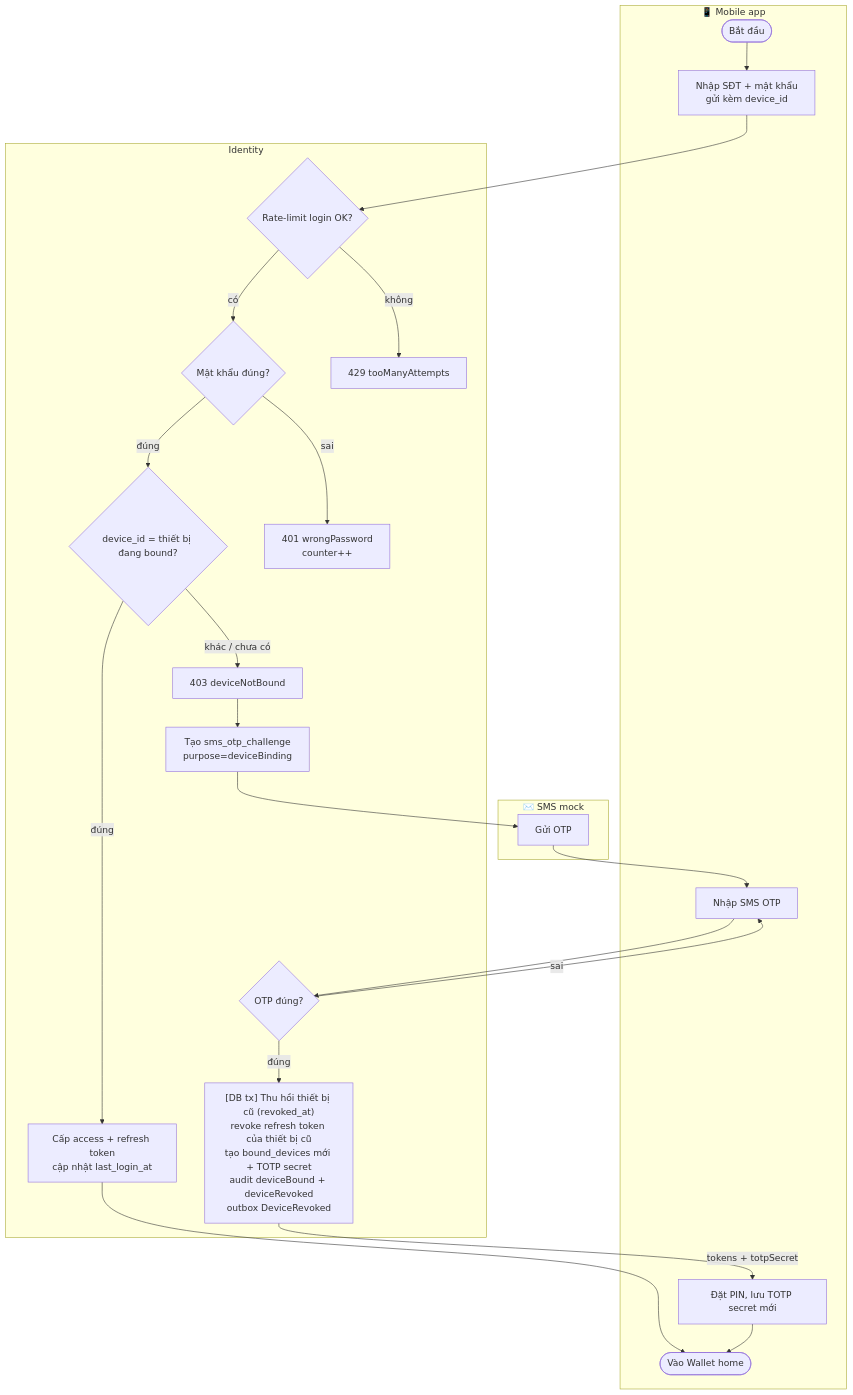
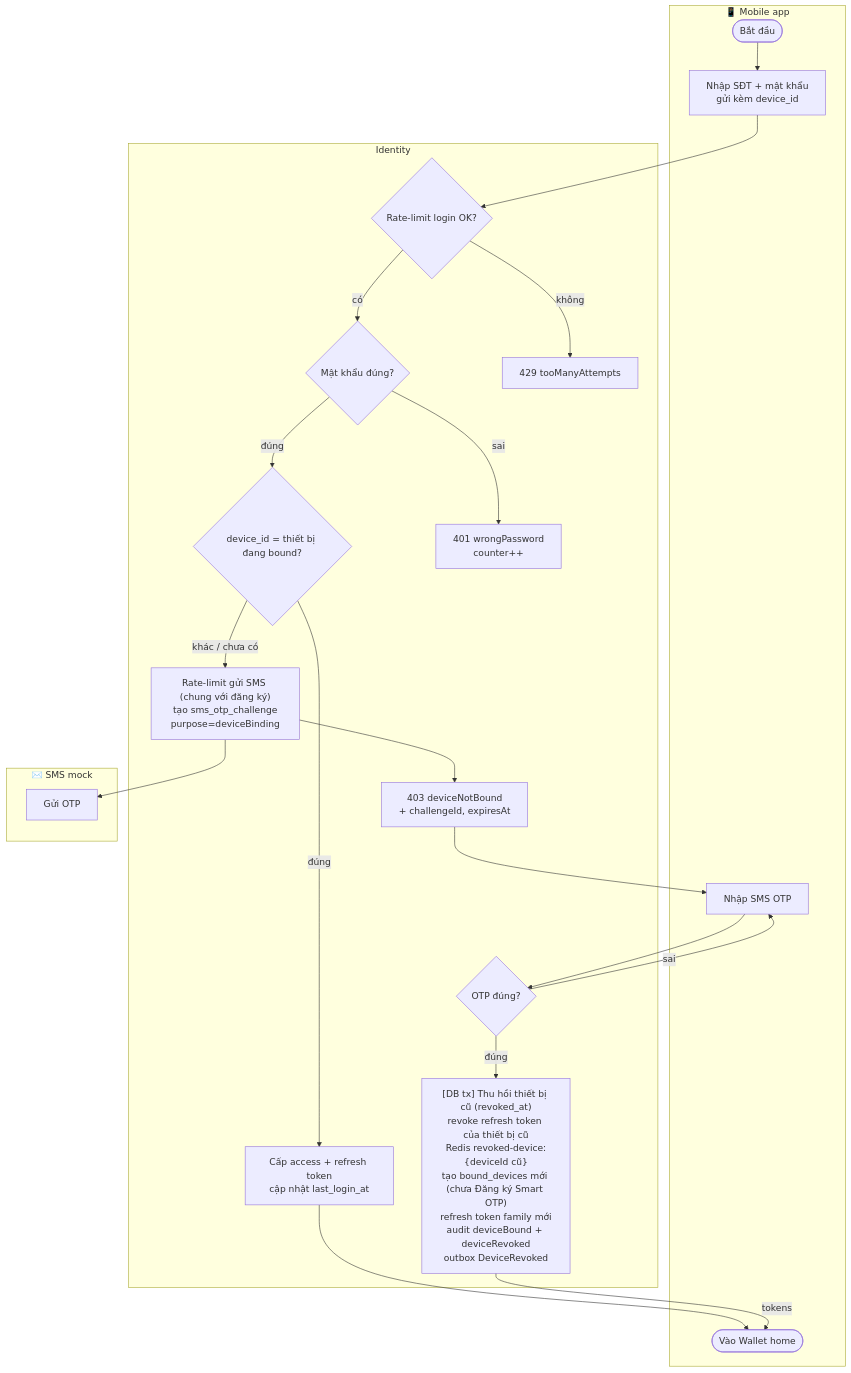
The second of 11 diagrams in backend/docs/activities.md (ha1tuan/pfm), drawn with Mermaid before and after one commit. The commit also changed other lines of this file and 6 other files, not shown here.

First line of the commit message:
docs: login, device binding and deferred Smart OTP enrollment (ADR-0006)

````diff
--- a/backend/docs/activities.md
+++ b/backend/docs/activities.md
@@ -65,34 +64,34 @@
 ```mermaid
 flowchart TD
     subgraph APP["📱 Mobile app"]
         S(["Bắt đầu"]) --> A1["Nhập SĐT + mật khẩu<br/>gửi kèm device_id"]
         A2["Nhập SMS OTP"]
-        A3["Đặt PIN, lưu TOTP secret mới"]
         A4(["Vào Wallet home"])
     end
     subgraph ID["Identity"]
         I1{"Rate-limit login OK?"}
         I2{"Mật khẩu đúng?"}
         I3{"device_id = thiết bị đang bound?"}
         I4["Cấp access + refresh token<br/>cập nhật last_login_at"]
-        I5["403 deviceNotBound"]
-        I6["Tạo sms_otp_challenge<br/>purpose=deviceBinding"]
+        I5["403 deviceNotBound<br/>+ challengeId, expiresAt"]
+        I6["Rate-limit gửi SMS (chung với đăng ký)<br/>tạo sms_otp_challenge<br/>purpose=deviceBinding"]
         I7{"OTP đúng?"}
-        I8["[DB tx] Thu hồi thiết bị cũ (revoked_at)<br/>revoke refresh token của thiết bị cũ<br/>tạo bound_devices mới + TOTP secret<br/>audit deviceBound + deviceRevoked<br/>outbox DeviceRevoked"]
+        I8["[DB tx] Thu hồi thiết bị cũ (revoked_at)<br/>revoke refresh token của thiết bị cũ<br/>Redis revoked-device:{deviceId cũ}<br/>tạo bound_devices mới (chưa Đăng ký Smart OTP)<br/>refresh token family mới<br/>audit deviceBound + deviceRevoked<br/>outbox DeviceRevoked"]
         IE1["429 tooManyAttempts"]
         IE2["401 wrongPassword<br/>counter++"]
     end
     subgraph SMS["✉️ SMS mock"]
         M1["Gửi OTP"]
     end
 
     A1 --> I1
     I1 -- không --> IE1
     I1 -- có --> I2
     I2 -- sai --> IE2
     I2 -- đúng --> I3
     I3 -- đúng --> I4 --> A4
-    I3 -- "khác / chưa có" --> I5 --> I6 --> M1 --> A2 --> I7
+    I3 -- "khác / chưa có" --> I6 --> M1
+    I6 --> I5 --> A2 --> I7
     I7 -- sai --> A2
-    I7 -- đúng --> I8 -- "tokens + totpSecret" --> A3 --> A4
+    I7 -- đúng --> I8 -- tokens --> A4
 ```
````
